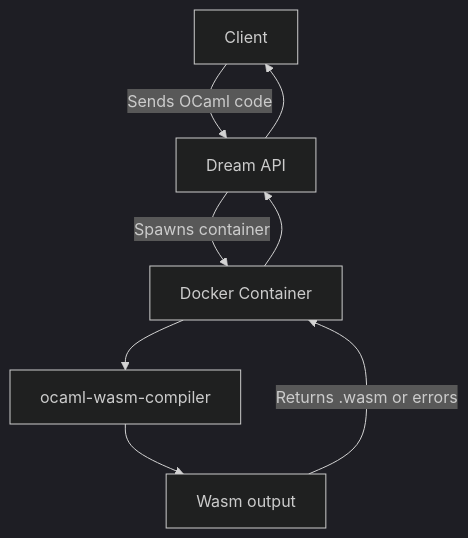
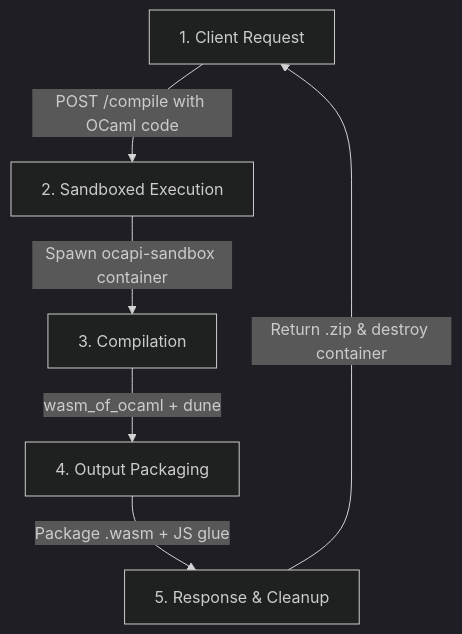
One commit to anmaped/ocapi changed the diagram in readme.md. Above: the diagram before and after it, drawn with Mermaid (dark theme). The commit also changed other lines of this file and 4 other files, not shown here.

````diff
--- a/readme.md
+++ b/readme.md
@@ -63,10 +100,8 @@
 ```mermaid
 flowchart TD
-    A[Client] -->|Sends OCaml code| B[Dream API]
-    B -->|Spawns container| C[Docker Container]
-    C --> D[ocaml-wasm-compiler]
-    D --> E[Wasm output]
-    E -->|Returns .wasm or errors| C
-    C --> B
-    B --> A
+    A[1. Client Request] -->|POST /compile with OCaml code| B[2. Sandboxed Execution]
+    B -->|Spawn ocapi-sandbox container| C[3. Compilation]
+    C -->|wasm_of_ocaml + dune| D[4. Output Packaging]
+    D -->|Package .wasm + JS glue| E[5. Response & Cleanup]
+    E -->|Return .zip & destroy container| A
 ```
````
